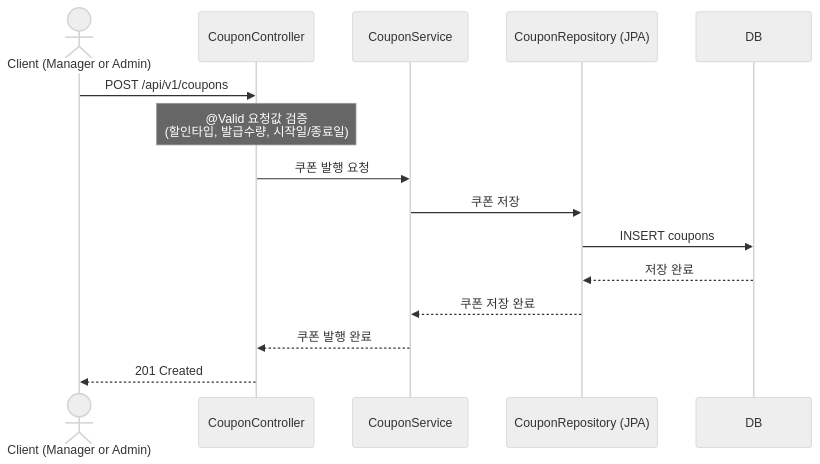
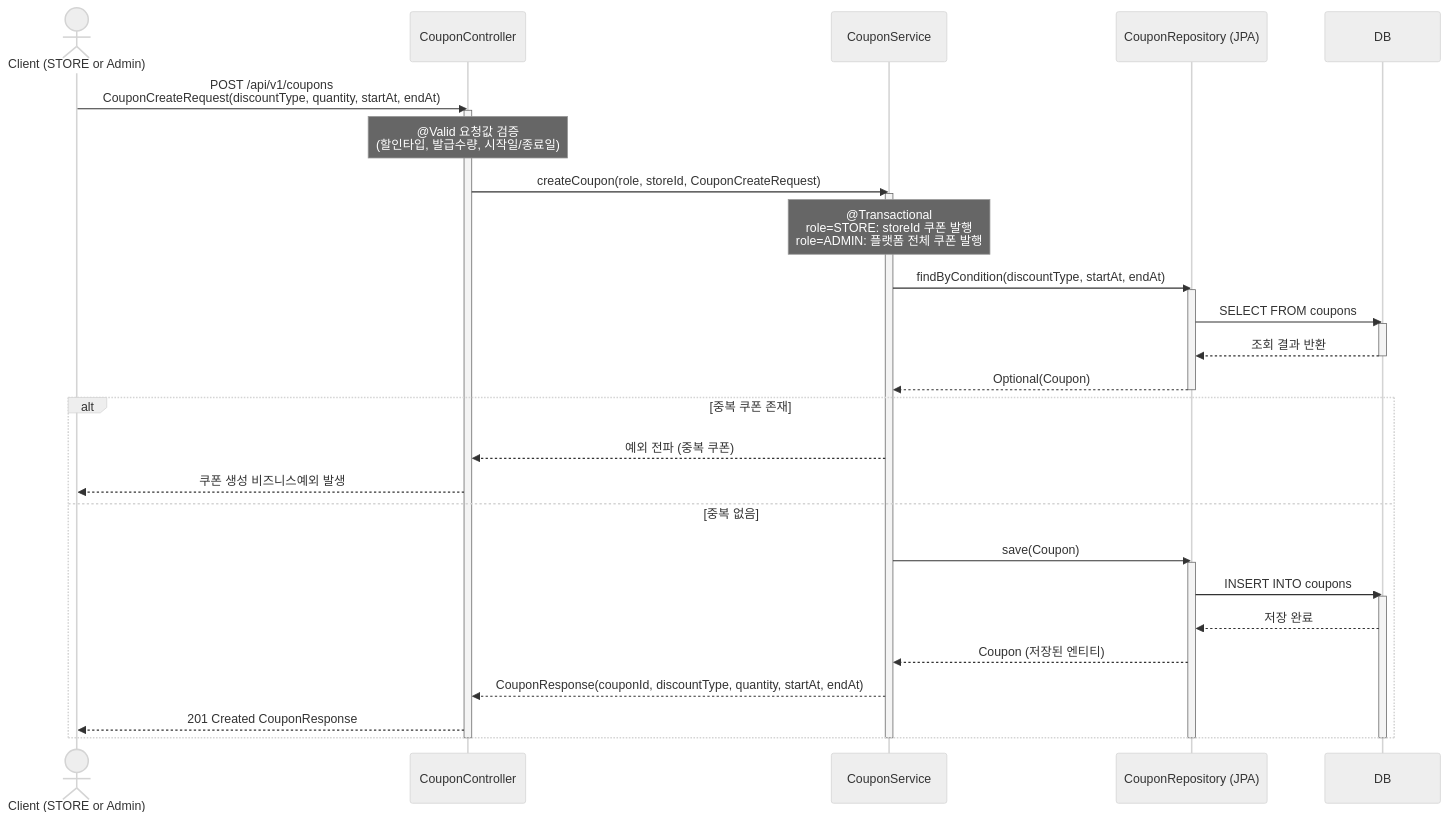
The third of 3 diagrams in README.md (ccommit/stylehub), drawn with Mermaid (neutral theme) before and after one commit. The commit also changed other lines of this file, not shown here.

````diff
--- a/README.md
+++ b/README.md
@@ -375,23 +398,44 @@
 ``` mermaid
 
 sequenceDiagram
-    actor Client as Client (Manager or Admin)
+    actor Client as Client (STORE or Admin)
     participant Controller as CouponController
     participant Service as CouponService
     participant Repository as CouponRepository (JPA)
     participant DB as DB
 
-    Client->>Controller: POST /api/v1/coupons
+    Client->>Controller: POST /api/v1/coupons<br/>CouponCreateRequest(discountType, quantity, startAt, endAt)
+    activate Controller
+    Note over Controller: @Valid 요청값 검증<br/>(할인타입, 발급수량, 시작일/종료일)
+    Controller->>Service: createCoupon(role, storeId, CouponCreateRequest)
+    activate Service
+    Note over Service: @Transactional<br/>role=STORE: storeId 쿠폰 발행<br/>role=ADMIN: 플랫폼 전체 쿠폰 발행
 
-    Note over Controller: @Valid 요청값 검증<br/>(할인타입, 발급수량, 시작일/종료일)
+    Service->>Repository: findByCondition(discountType, startAt, endAt)
+    activate Repository
+    Repository->>DB: SELECT FROM coupons
+    activate DB
+    DB-->>Repository: 조회 결과 반환
+    deactivate DB
+    Repository-->>Service: Optional(Coupon)
+    deactivate Repository
 
-    Controller->>Service: 쿠폰 발행 요청
+    alt 중복 쿠폰 존재
+        Service-->>Controller: 예외 전파 (중복 쿠폰)
+        Controller-->>Client: 쿠폰 생성 비즈니스예외 발생
+    else 중복 없음
+        Service->>Repository: save(Coupon)
+        activate Repository
+        Repository->>DB: INSERT INTO coupons
+        activate DB
+        DB-->>Repository: 저장 완료
+        Repository-->>Service: Coupon (저장된 엔티티)
+        Service-->>Controller: CouponResponse(couponId, discountType, quantity, startAt, endAt)
+        Controller-->>Client: 201 Created CouponResponse
+    end
 
-    Service->>Repository: 쿠폰 저장
-    Repository->>DB: INSERT coupons
-    DB-->>Repository: 저장 완료
-
-    Repository-->>Service: 쿠폰 저장 완료
-    Service-->>Controller: 쿠폰 발행 완료
-    Controller-->>Client: 201 Created
+    deactivate DB
+    deactivate Repository
+    deactivate Service
+    deactivate Controller
 ```
````
